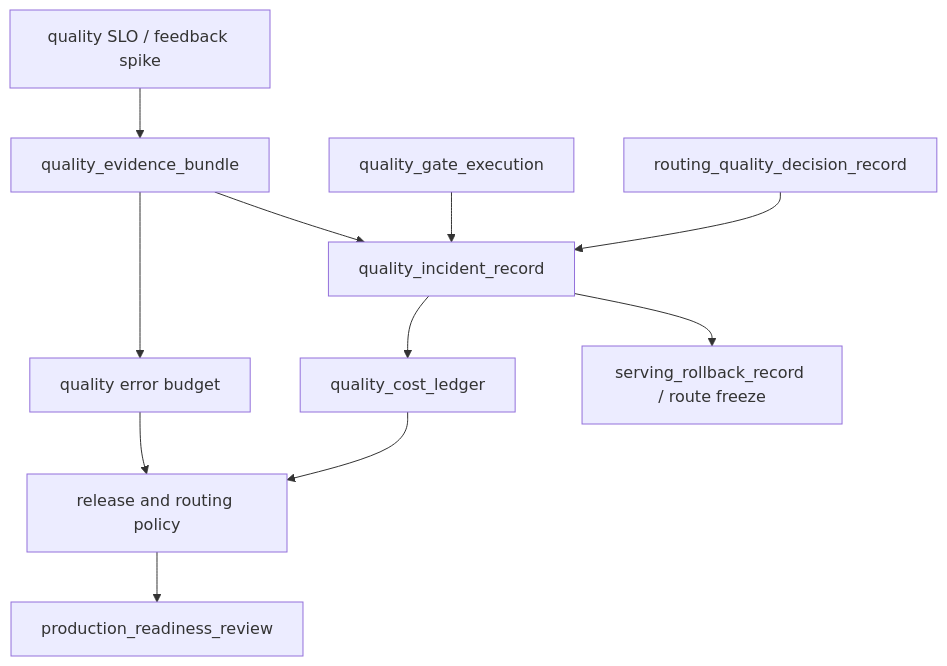
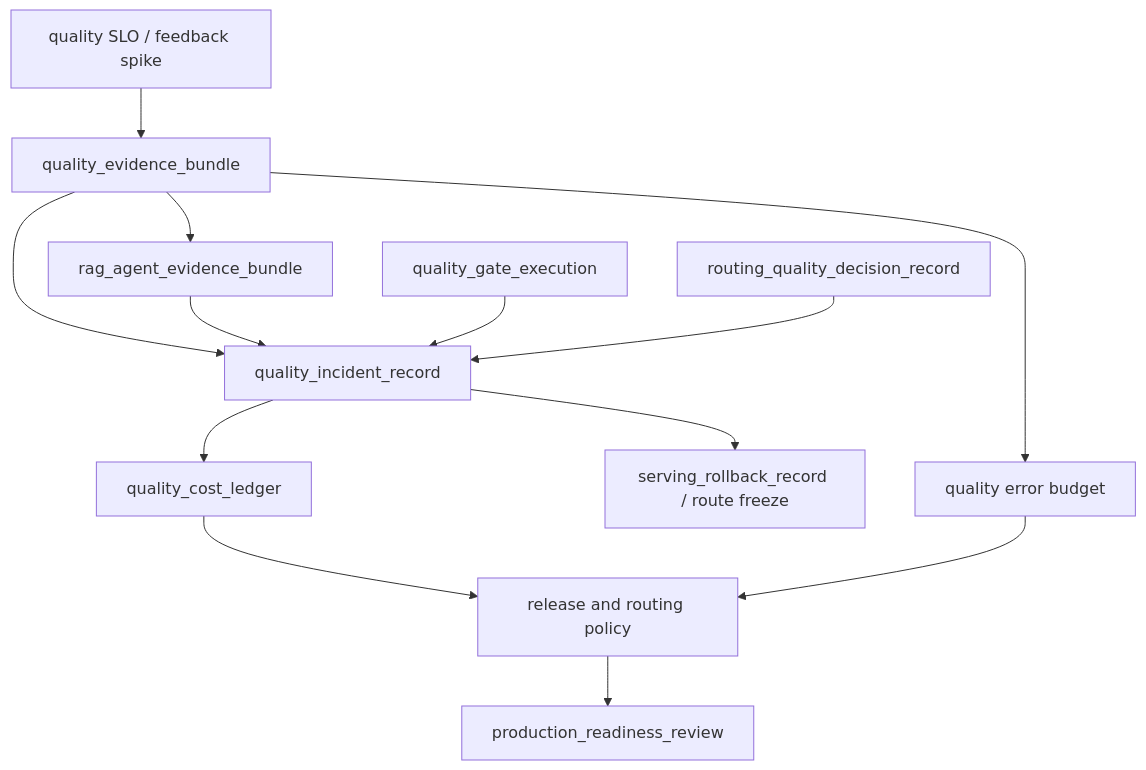
One commit to ikingye/ai-factory-engineering changed the fifth of 5 diagrams in docs/part-09-reliability-observability/chapter-40-sre-operations.md. Above: the diagram before and after it, drawn with Mermaid. The commit also changed other lines of this file and 10 other files, not shown here.

Commit message:
docs: deepen rag agent governance chain

````diff
--- a/docs/part-09-reliability-observability/chapter-40-sre-operations.md
+++ b/docs/part-09-reliability-observability/chapter-40-sre-operations.md
@@ -423,13 +457,15 @@
 ```mermaid
 flowchart TB
   QAlert["quality SLO / feedback spike"] --> QEvidence["quality_evidence_bundle"]
+  QEvidence --> RAEB["rag_agent_evidence_bundle"]
   QEvidence --> QIncident["quality_incident_record"]
   QEvidence --> QBudget["quality error budget"]
+  RAEB --> QIncident
   Gate["quality_gate_execution"] --> QIncident
   Route["routing_quality_decision_record"] --> QIncident
   QIncident --> Rollback["serving_rollback_record / route freeze"]
   QIncident --> Cost["quality_cost_ledger"]
   Cost --> Policy["release and routing policy"]
   QBudget --> Policy
   Policy --> PRR["production_readiness_review"]
 ```
````
